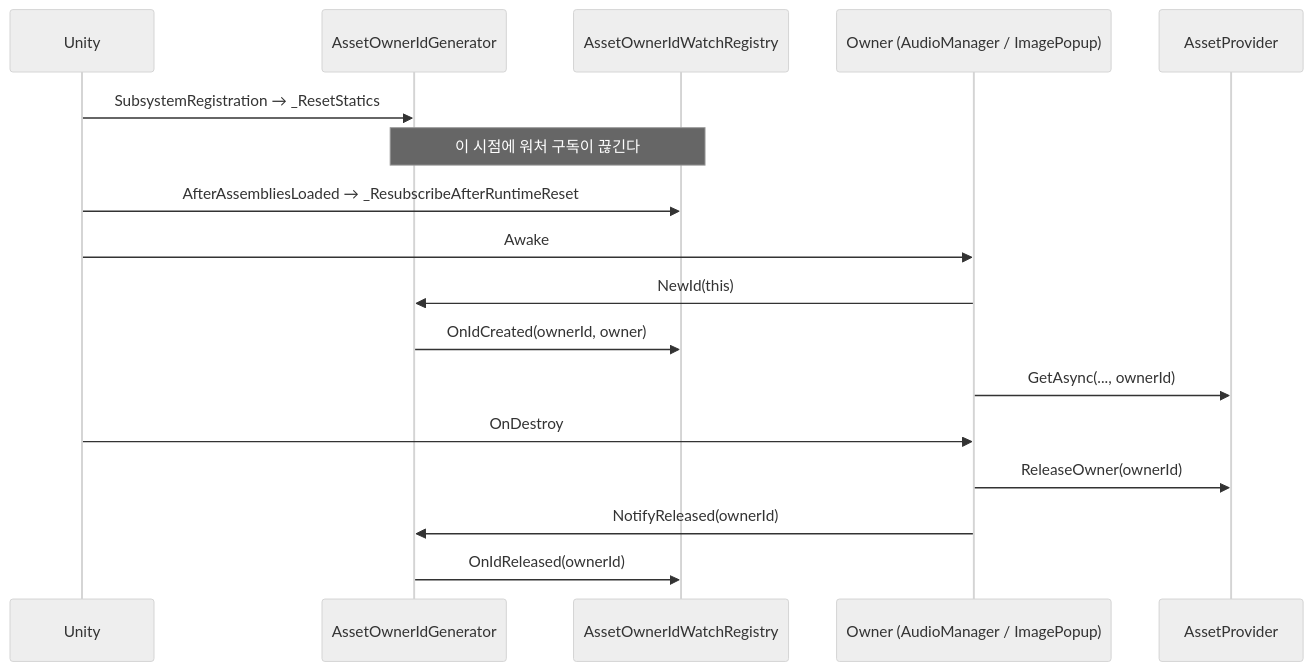
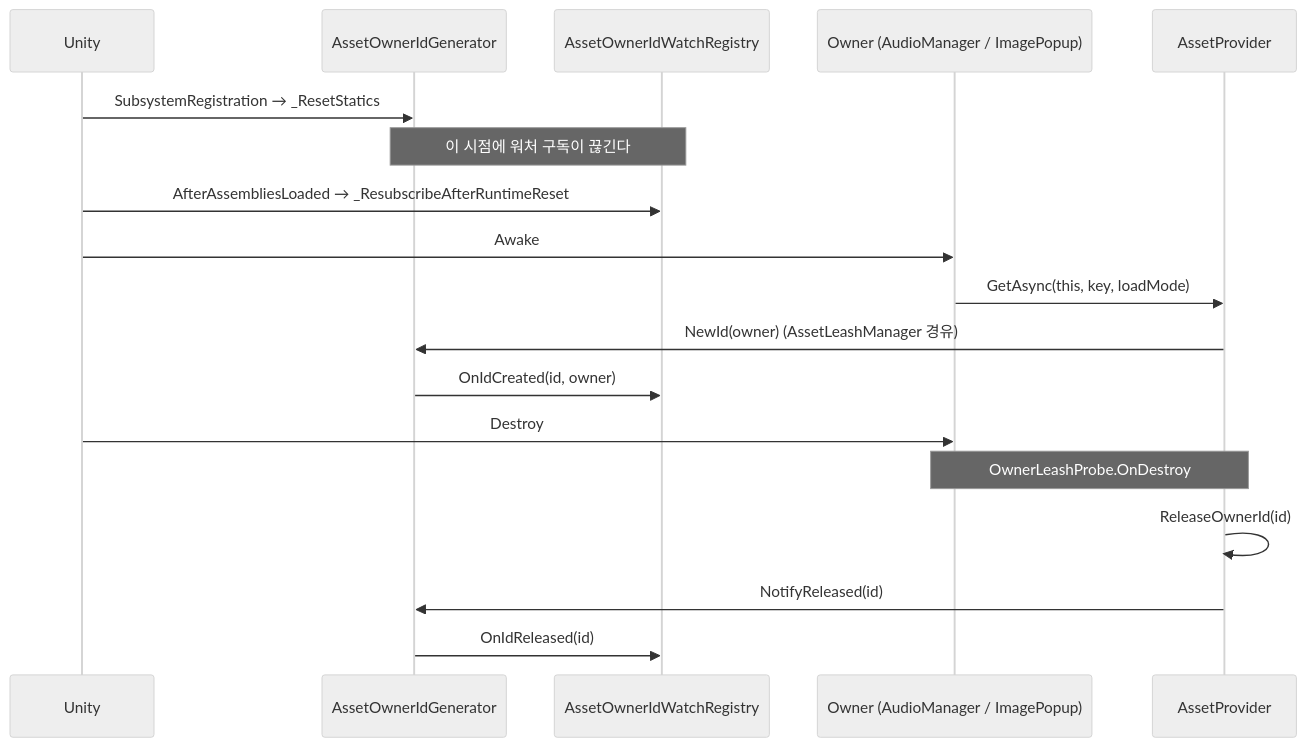
One commit to HoHong123/HCUP-Unity changed the first of 2 diagrams in HResource/docs/Subscription.md. Above: the diagram before and after it, drawn with Mermaid (neutral theme). The commit also changed other lines of this file, not shown here.

````diff
--- a/HResource/docs/Subscription.md
+++ b/HResource/docs/Subscription.md
@@ -85,20 +91,21 @@
 ```mermaid
 sequenceDiagram
     participant U as Unity
     participant G as AssetOwnerIdGenerator
     participant W as AssetOwnerIdWatchRegistry
     participant O as Owner (AudioManager / ImagePopup)
     participant P as AssetProvider
 
     U->>G: SubsystemRegistration → _ResetStatics
     Note over G,W: 이 시점에 워처 구독이 끊긴다
     U->>W: AfterAssembliesLoaded → _ResubscribeAfterRuntimeReset
     U->>O: Awake
-    O->>G: NewId(this)
-    G->>W: OnIdCreated(ownerId, owner)
-    O->>P: GetAsync(..., ownerId)
-    U->>O: OnDestroy
-    O->>P: ReleaseOwner(ownerId)
-    O->>G: NotifyReleased(ownerId)
-    G->>W: OnIdReleased(ownerId)
+    O->>P: GetAsync(this, key, loadMode)
+    P->>G: NewId(owner)  (AssetLeashManager 경유)
+    G->>W: OnIdCreated(id, owner)
+    U->>O: Destroy
+    Note over O,P: OwnerLeashProbe.OnDestroy
+    P->>P: ReleaseOwnerId(id)
+    P->>G: NotifyReleased(id)
+    G->>W: OnIdReleased(id)
 ```
````
